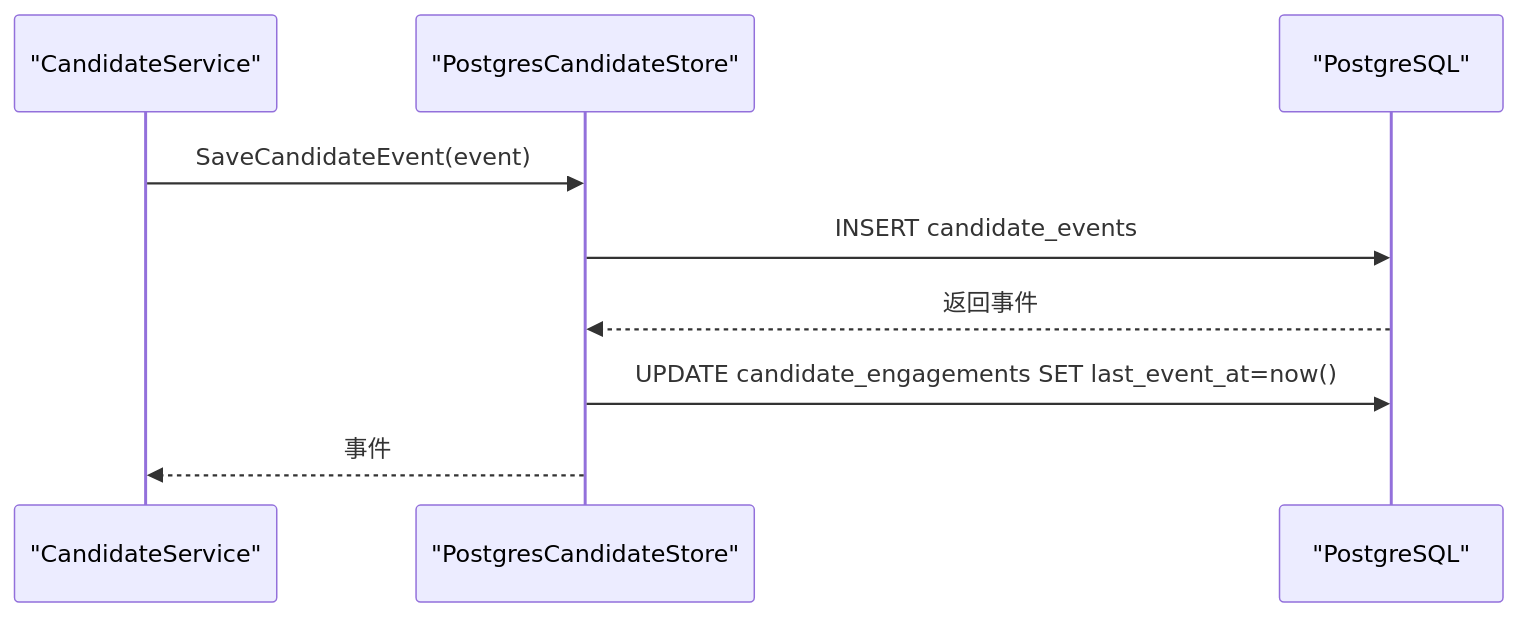
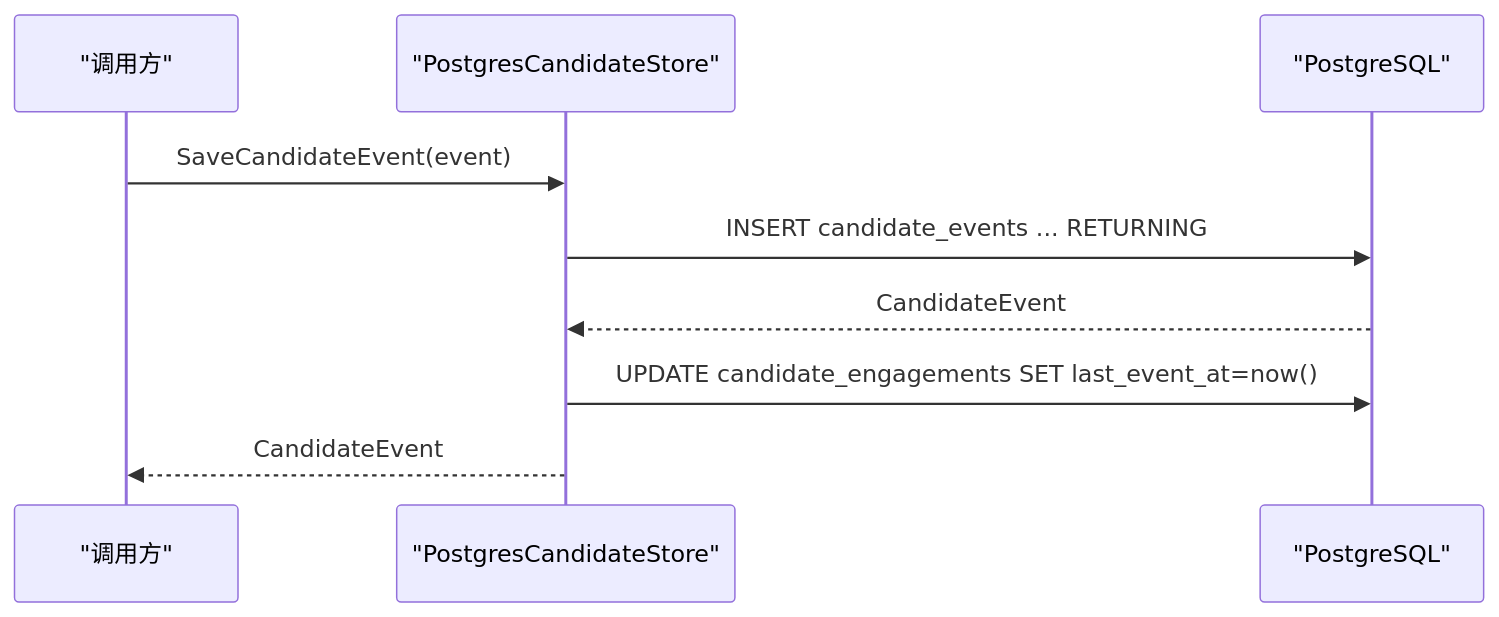
The fifth of 8 diagrams in .qoder/repowiki/zh/content/云端后端服务/候选人处理系统/候选人数据摄入/候选人数据存储处理.md (alvinwangzi/goodhr), drawn with Mermaid before and after one commit. The commit also changed other lines of this file and 149 other files, not shown here.

````diff
--- a/.qoder/repowiki/zh/content/云端后端服务/候选人处理系统/候选人数据摄入/候选人数据存储处理.md
+++ b/.qoder/repowiki/zh/content/云端后端服务/候选人处理系统/候选人数据摄入/候选人数据存储处理.md
@@ -177,11 +238,11 @@
 ```mermaid
 sequenceDiagram
-participant Service as "CandidateService"
+participant Caller as "调用方"
 participant Store as "PostgresCandidateStore"
 participant DB as "PostgreSQL"
-Service->>Store : SaveCandidateEvent(event)
-Store->>DB : INSERT candidate_events
-DB-->>Store : 返回事件
+Caller->>Store : SaveCandidateEvent(event)
+Store->>DB : INSERT candidate_events ... RETURNING
+DB-->>Store : CandidateEvent
 Store->>DB : UPDATE candidate_engagements SET last_event_at=now()
-Store-->>Service : 事件
+Store-->>Caller : CandidateEvent
 ```
````
